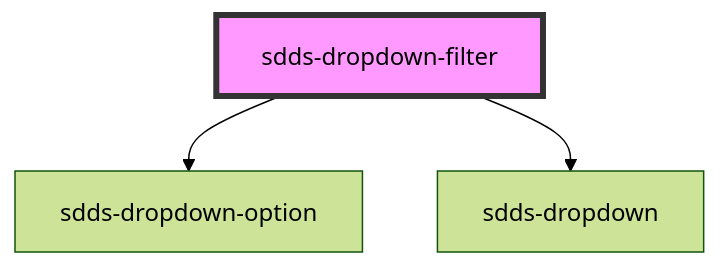
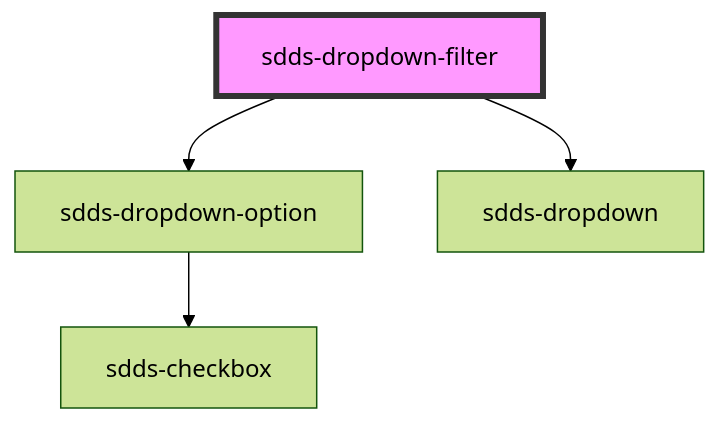
The diagram in tegel/src/components/dropdown/dropdown-filter/readme.md (scania-digital-design-system/sdds), drawn with Mermaid (forest theme) before and after one commit. The commit also changed 57 other files, not shown here.

````diff
--- a/tegel/src/components/dropdown/dropdown-filter/readme.md
+++ b/tegel/src/components/dropdown/dropdown-filter/readme.md
@@ -48,6 +48,7 @@
 ```mermaid
 graph TD;
   sdds-dropdown-filter --> sdds-dropdown-option
   sdds-dropdown-filter --> sdds-dropdown
+  sdds-dropdown-option --> sdds-checkbox
   style sdds-dropdown-filter fill:#f9f,stroke:#333,stroke-width:4px
 ```
````
